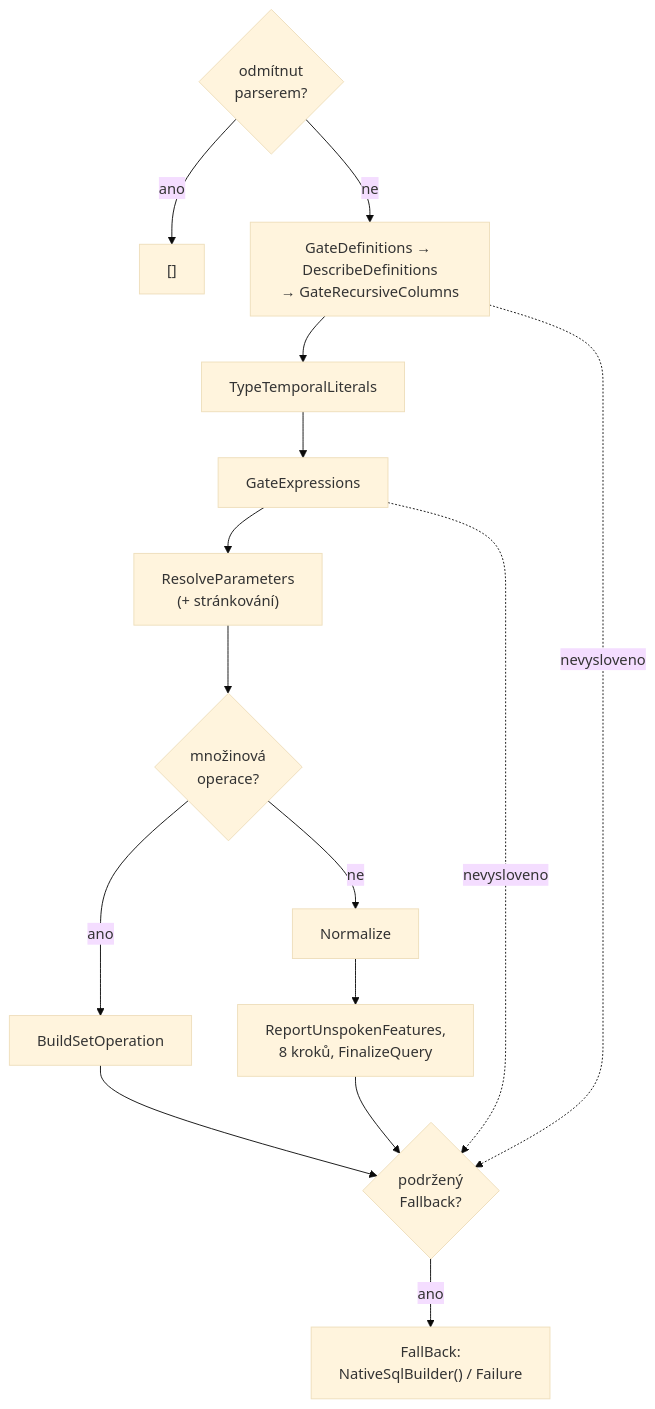
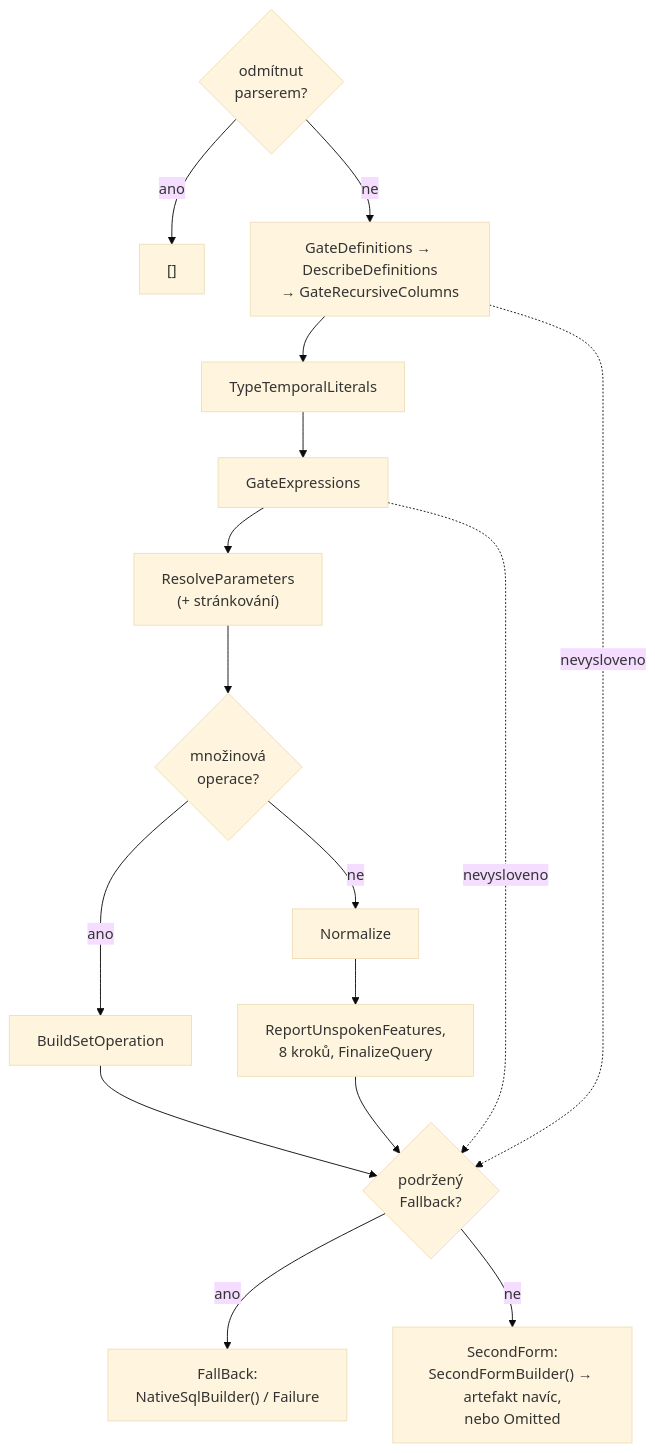
Before and after one commit to MiraStochel/orm-convertor: diagram 16 of 17 in docs/architecture.md, drawn with Mermaid (base theme). The commit also changed other lines of this file and 39 other files, not shown here.

````diff
--- a/docs/architecture.md
+++ b/docs/architecture.md
@@ -1084,17 +1092,18 @@
 ```mermaid
 flowchart TD
   R{"odmítnut<br/>parserem?"} -->|ano| E0["[]"]
   R -->|ne| D["GateDefinitions → DescribeDefinitions<br/>→ GateRecursiveColumns"]
   D --> T[TypeTemporalLiterals]
   T --> X[GateExpressions]
   X --> P["ResolveParameters<br/>(+ stránkování)"]
   P --> S{"množinová<br/>operace?"}
   S -->|ano| SO[BuildSetOperation]
   S -->|ne| N[Normalize]
   N --> C["ReportUnspokenFeatures,<br/>8 kroků, FinalizeQuery"]
   SO --> U{"podržený<br/>Fallback?"}
   C --> U
   D -.->|nevysloveno| U
   X -.->|nevysloveno| U
   U -->|ano| FB["FallBack:<br/>NativeSqlBuilder() / Failure"]
+  U -->|ne| SF["SecondForm:<br/>SecondFormBuilder() → artefakt navíc,<br/>nebo Omitted"]
 ```
````
